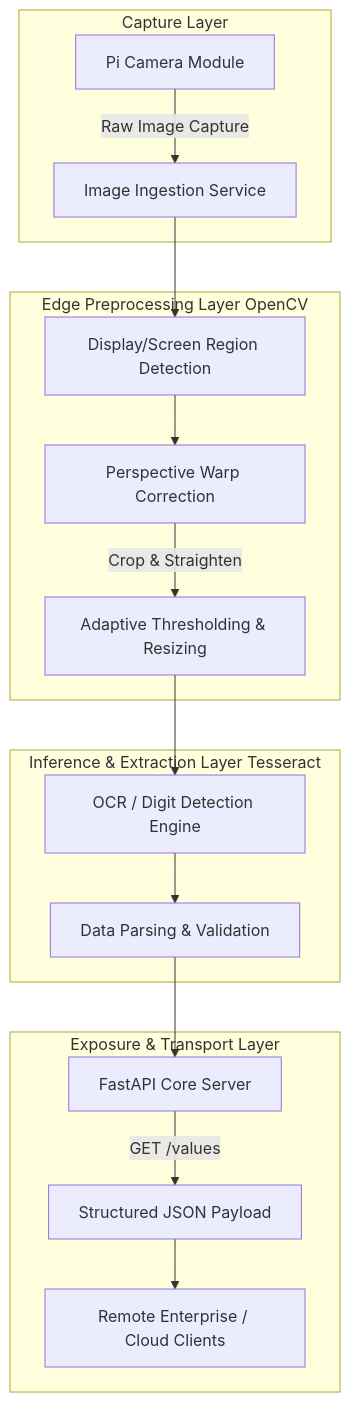
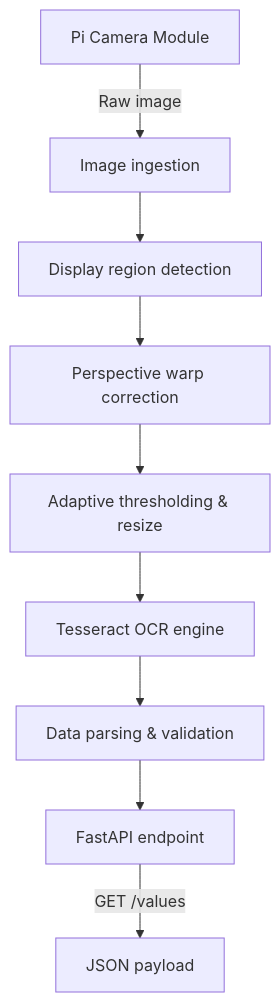
Before and after one commit to carnestoltes/PiReadsEndpoint: the diagram in README.md, drawn with Mermaid. The commit also changed other lines of this file, not shown here.

````diff
--- a/README.md
+++ b/README.md
@@ -25,23 +47,11 @@
 ```mermaid
 flowchart TD
-    subgraph Capture_Layer [Capture Layer]
-        A[Pi Camera Module] -->|Raw Image Capture| B[Image Ingestion Service]
-    end
-
-    subgraph Preprocessing_Layer [Edge Preprocessing Layer OpenCV]
-        B --> C[Display/Screen Region Detection]
-        C --> D[Perspective Warp Correction]
-        D -->|Crop & Straighten| E[Adaptive Thresholding & Resizing]
-    end
-
-    subgraph Inference_Layer [Inference & Extraction Layer Tesseract]
-        E --> F[OCR / Digit Detection Engine]
-        F --> G[Data Parsing & Validation]
-    end
-
-    subgraph Transport_Layer [Exposure & Transport Layer]
-        G --> H[FastAPI Core Server]
-        H -->|GET /values| I[Structured JSON Payload]
-        I --> J[Remote Enterprise / Cloud Clients]
-    end
+    A[Pi Camera Module] -->|Raw image| B[Image ingestion]
+    B --> C[Display region detection]
+    C --> D[Perspective warp correction]
+    D --> E[Adaptive thresholding & resize]
+    E --> F[Tesseract OCR engine]
+    F --> G[Data parsing & validation]
+    G --> H[FastAPI endpoint]
+    H -->|GET /values| I[JSON payload]
 ```
````
